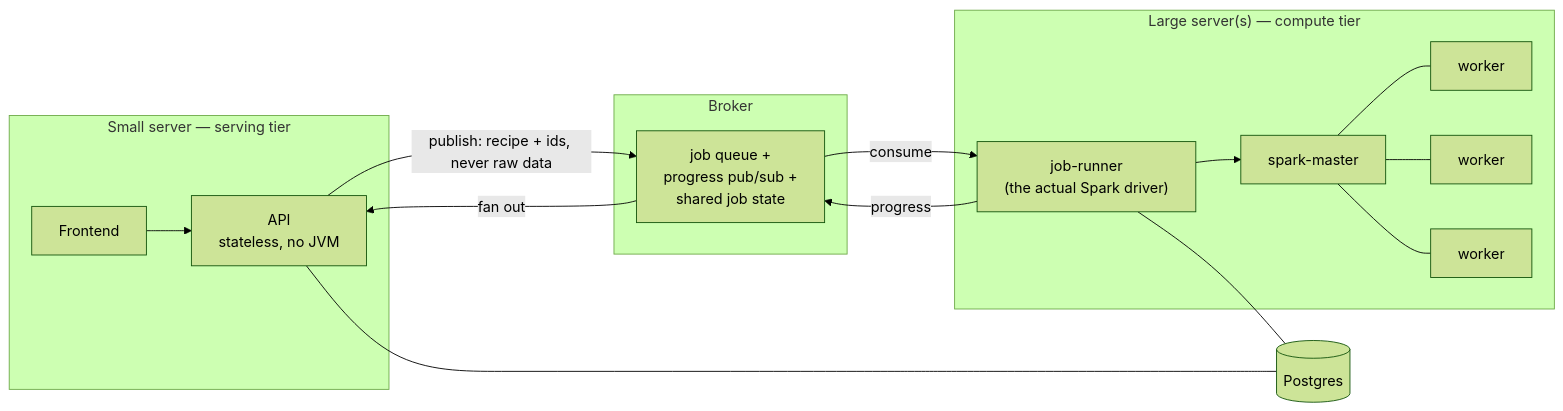
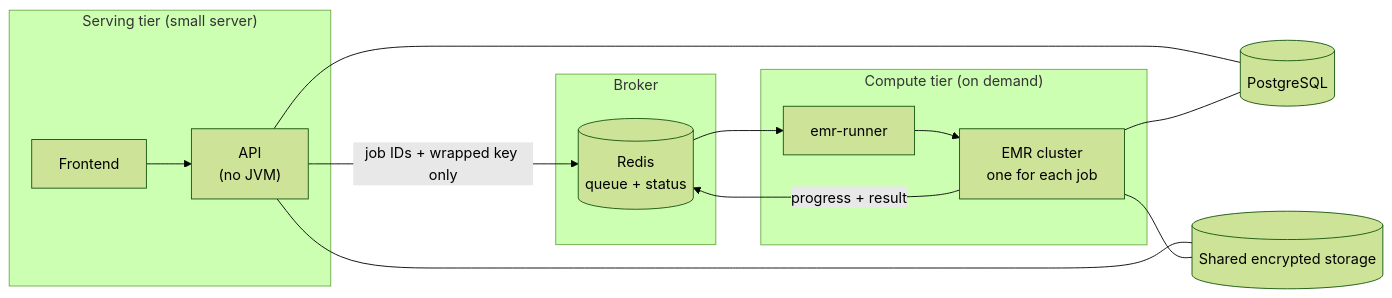
One commit to DataShield-sp18/data-shield-docs changed the second of 2 diagrams in docs/architecture/deployment.md. Above: the diagram before and after it, drawn with Mermaid (forest theme). The commit also changed other lines of this file and 6 other files, not shown here.

Commit message:
docs(arch): EMR lane, encrypted spill, auto master key

````diff
--- a/docs/architecture/deployment.md
+++ b/docs/architecture/deployment.md
@@ -57,25 +66,22 @@
 ```mermaid
 flowchart LR
-    subgraph SMALL["Small server — serving tier"]
-        FE2[Frontend] --> API2["API<br/>stateless, no JVM"]
+    subgraph SMALL["Serving tier (small server)"]
+        FE2["Frontend"] --> API2["API<br/>(no JVM)"]
     end
     subgraph BROKER["Broker"]
-        Q["job queue +<br/>progress pub/sub +<br/>shared job state"]
+        Q[("Redis<br/>queue + status")]
     end
-    subgraph LARGE["Large server(s) — compute tier"]
-        RUNNER["job-runner<br/>(the actual Spark driver)"]
-        M2[spark-master]
-        M2 --- W4[worker]
-        M2 --- W5[worker]
-        M2 --- W6[worker]
+    subgraph COMPUTE["Compute tier (on demand)"]
+        RUN2["emr-runner"] --> EMR2["EMR cluster<br/>one for each job"]
     end
-    PG2[(Postgres)]
+    PG2[("PostgreSQL")]
+    S3[("Shared encrypted storage")]
 
-    API2 -->|publish: recipe + ids, never raw data| Q
-    Q -->|consume| RUNNER
-    RUNNER --> M2
-    RUNNER -->|progress| Q
-    Q -->|fan out| API2
+    API2 -- "job IDs + wrapped key only" --> Q
+    Q --> RUN2
+    EMR2 -- "progress + result" --> Q
     API2 --- PG2
-    RUNNER --- PG2
+    EMR2 --- PG2
+    API2 --- S3
+    EMR2 --- S3
 ```
````
